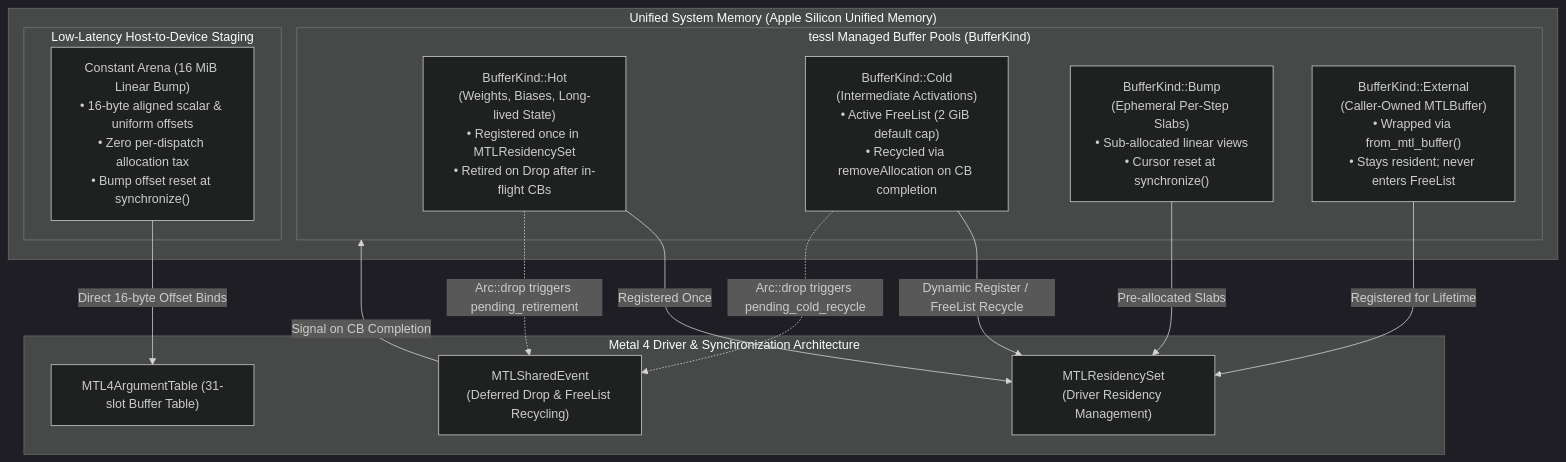
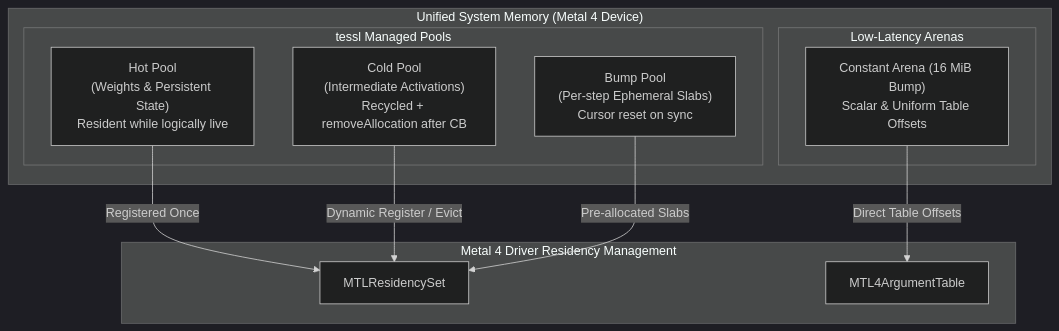
Before and after one commit to bharathvbcr/tessl: the second of 4 diagrams in README.md, drawn with Mermaid (dark theme). The commit also changed other lines of this file and 114 other files, not shown here.

````diff
--- a/README.md
+++ b/README.md
@@ -178,30 +95,24 @@
 ```mermaid
 flowchart TD
-    subgraph UnifiedMem["Unified System Memory (Apple Silicon Unified Memory)"]
-        subgraph Pools["tessl Managed Buffer Pools (BufferKind)"]
-            Hot["BufferKind::Hot<br/>(Weights, Biases, Long-lived State)<br/>• Registered once in MTLResidencySet<br/>• Retired on Drop after in-flight CBs"]
-            Cold["BufferKind::Cold<br/>(Intermediate Activations)<br/>• Active FreeList (2 GiB default cap)<br/>• Recycled via removeAllocation on CB completion"]
-            Bump["BufferKind::Bump<br/>(Ephemeral Per-Step Slabs)<br/>• Sub-allocated linear views<br/>• Cursor reset at synchronize()"]
-            Ext["BufferKind::External<br/>(Caller-Owned MTLBuffer)<br/>• Wrapped via from_mtl_buffer()<br/>• Stays resident; never enters FreeList"]
+    subgraph DeviceMemory["Unified System Memory (Metal 4 Device)"]
+        subgraph Pools["tessl Managed Pools"]
+            Hot["Hot Pool<br/>(Weights & Persistent State)<br/>Resident while logically live"]
+            Cold["Cold Pool<br/>(Intermediate Activations)<br/>Recycled + removeAllocation after CB"]
+            Bump["Bump Pool<br/>(Per-step Ephemeral Slabs)<br/>Cursor reset on sync"]
         end
 
-        subgraph LowLatencyArenas["Low-Latency Host-to-Device Staging"]
-            ConstArena["Constant Arena (16 MiB Linear Bump)<br/>• 16-byte aligned scalar &amp; uniform offsets<br/>• Zero per-dispatch allocation tax<br/>• Bump offset reset at synchronize()"]
+        subgraph Arenas["Low-Latency Arenas"]
+            ConstArena["Constant Arena (16 MiB Bump)<br/>Scalar & Uniform Table Offsets"]
         end
     end
 
-    subgraph DriverResidency["Metal 4 Driver &amp; Synchronization Architecture"]
-        ResSet["MTLResidencySet<br/>(Driver Residency Management)"]
-        ArgTable["MTL4ArgumentTable (31-slot Buffer Table)"]
-        SharedEvt["MTLSharedEvent<br/>(Deferred Drop &amp; FreeList Recycling)"]
+    subgraph DriverResidency["Metal 4 Driver Residency Management"]
+        ResSet["MTLResidencySet"]
+        ArgTable["MTL4ArgumentTable"]
     end
 
     Hot -->|Registered Once| ResSet
-    Ext -->|Registered for Lifetime| ResSet
-    Cold -->|Dynamic Register / FreeList Recycle| ResSet
+    Cold -->|Dynamic Register / Evict| ResSet
     Bump -->|Pre-allocated Slabs| ResSet
-    ConstArena -->|Direct 16-byte Offset Binds| ArgTable
-    Cold -.->|Arc::drop triggers pending_cold_recycle| SharedEvt
-    Hot -.->|Arc::drop triggers pending_retirement| SharedEvt
-    SharedEvt -->|Signal on CB Completion| Pools
+    ConstArena -->|Direct Table Offsets| ArgTable
 ```
````
